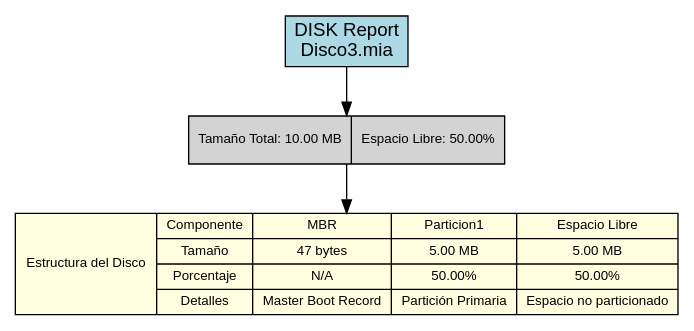
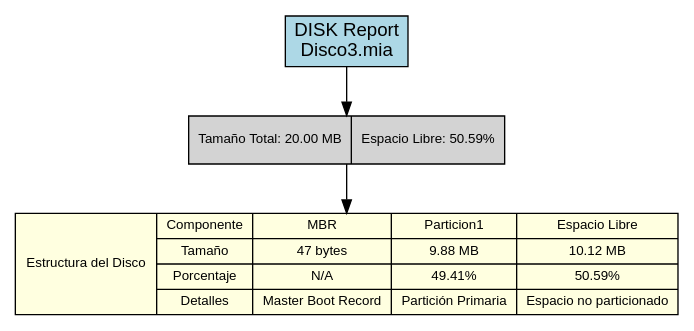
The diagram in backend/provider/reports/src/disk_381A.dot (DiegVas/MIA_2S2025_P1_202300638), drawn with Graphviz before and after one commit. The commit also changed 12 other files, not shown here.

```diff
--- a/backend/provider/reports/src/disk_381A.dot
+++ b/backend/provider/reports/src/disk_381A.dot
@@ -1,15 +1,15 @@
 digraph DISK_Report {
     rankdir=TB;
     node [shape=record, style=filled];
     graph [fontname="Arial", fontsize=12];
     node [fontname="Arial", fontsize=10];
 
     title [label="DISK Report\nDisco3.mia", fillcolor=lightblue, fontsize=14];
 
-    disk_info [label="Tamaño Total: 10.00 MB|Espacio Libre: 50.00%", fillcolor=lightgray];
+    disk_info [label="Tamaño Total: 20.00 MB|Espacio Libre: 50.59%", fillcolor=lightgray];
 
-    disk_structure [label="Estructura del Disco|{Componente|Tamaño|Porcentaje|Detalles}|{MBR|47 bytes|N/A|Master Boot Record}|{Particion1|5.00 MB|50.00%|Partición Primaria}|{Espacio Libre|5.00 MB|50.00%|Espacio no particionado}", fillcolor=lightyellow];
+    disk_structure [label="Estructura del Disco|{Componente|Tamaño|Porcentaje|Detalles}|{MBR|47 bytes|N/A|Master Boot Record}|{Particion1|9.88 MB|49.41%|Partición Primaria}|{Espacio Libre|10.12 MB|50.59%|Espacio no particionado}", fillcolor=lightyellow];
 
     title -> disk_info;
     disk_info -> disk_structure;
 }
```
